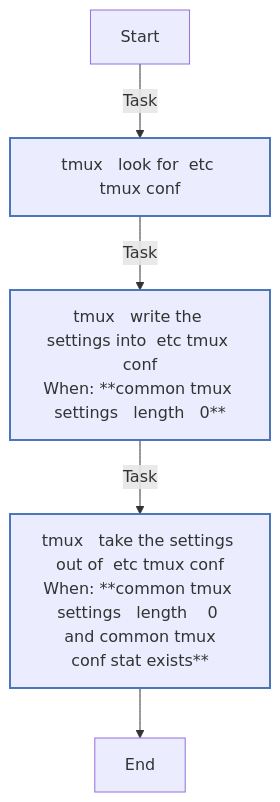
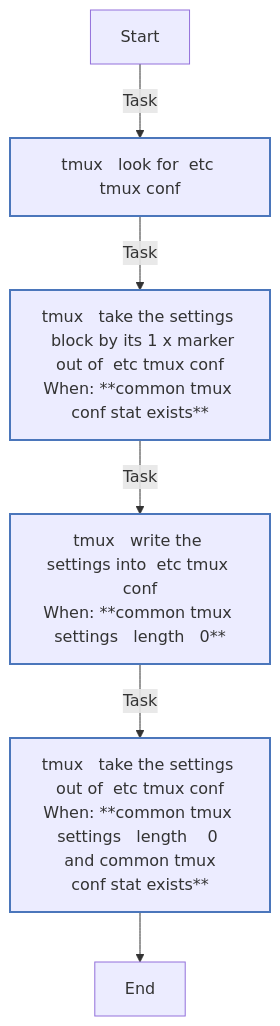
One commit to kawadeomkar/agent-warehouse changed the seventh of 7 diagrams in docs/reference/roles/common.md. Above: the diagram before and after it, drawn with Mermaid. The commit also changed other lines of this file and 31 other files, not shown here.

````diff
--- a/docs/reference/roles/common.md
+++ b/docs/reference/roles/common.md
@@ -279,17 +308,18 @@
 ```mermaid
 flowchart TD
 Start
 classDef block stroke:#3498db,stroke-width:2px;
 classDef task stroke:#4b76bb,stroke-width:2px;
 classDef includeTasks stroke:#16a085,stroke-width:2px;
 classDef importTasks stroke:#34495e,stroke-width:2px;
 classDef includeRole stroke:#2980b9,stroke-width:2px;
 classDef importRole stroke:#699ba7,stroke-width:2px;
 classDef includeVars stroke:#8e44ad,stroke-width:2px;
 classDef rescue stroke:#665352,stroke-width:2px;
 
   Start-->|Task| tmux___Look_for__etc_tmux_conf0[tmux   look for  etc tmux conf]:::task
-  tmux___Look_for__etc_tmux_conf0-->|Task| tmux___Write_the_settings_into__etc_tmux_conf1[tmux   write the settings into  etc tmux conf<br>When: **common tmux settings   length   0**]:::task
-  tmux___Write_the_settings_into__etc_tmux_conf1-->|Task| tmux___Take_the_settings_out_of__etc_tmux_conf2[tmux   take the settings out of  etc tmux conf<br>When: **common tmux settings   length    0 and common tmux<br>conf stat exists**]:::task
-  tmux___Take_the_settings_out_of__etc_tmux_conf2-->End
+  tmux___Look_for__etc_tmux_conf0-->|Task| tmux___Take_the_settings__block_by_its_1_x_marker_out_of__etc_tmux_conf1[tmux   take the settings  block by its 1 x marker<br>out of  etc tmux conf<br>When: **common tmux conf stat exists**]:::task
+  tmux___Take_the_settings__block_by_its_1_x_marker_out_of__etc_tmux_conf1-->|Task| tmux___Write_the_settings_into__etc_tmux_conf2[tmux   write the settings into  etc tmux conf<br>When: **common tmux settings   length   0**]:::task
+  tmux___Write_the_settings_into__etc_tmux_conf2-->|Task| tmux___Take_the_settings_out_of__etc_tmux_conf3[tmux   take the settings out of  etc tmux conf<br>When: **common tmux settings   length    0 and common tmux<br>conf stat exists**]:::task
+  tmux___Take_the_settings_out_of__etc_tmux_conf3-->End
 ```
````
